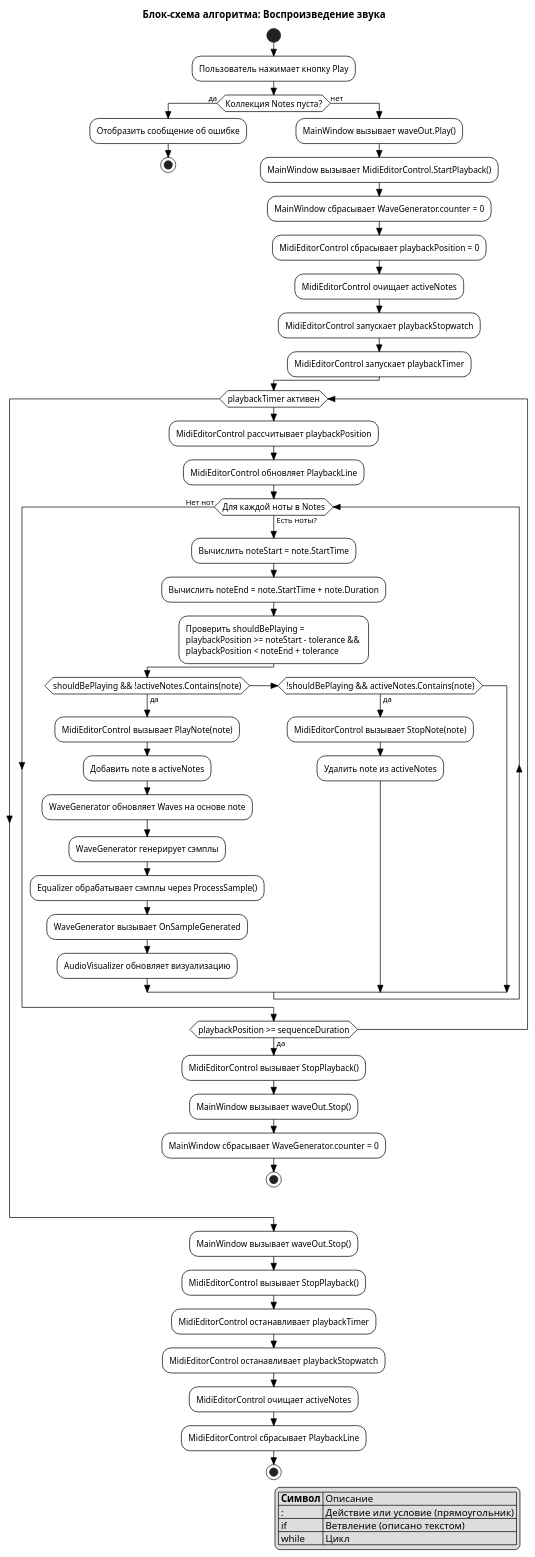
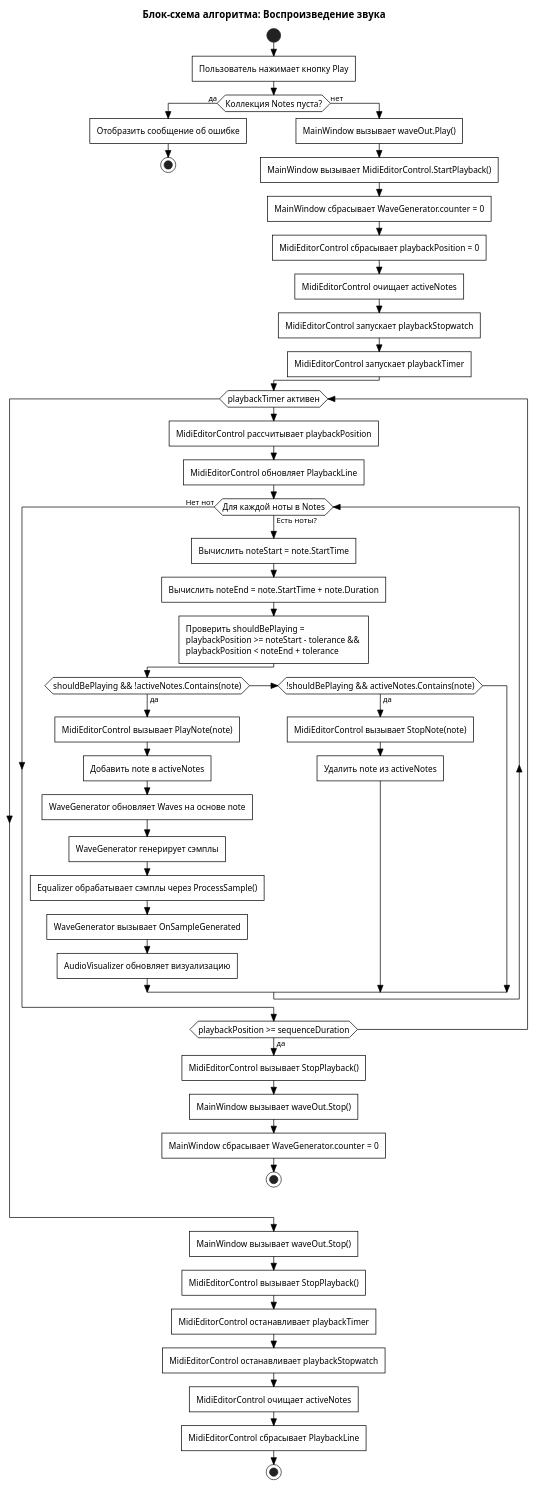
Before and after one commit to alex-pyslar/dream-synth: the diagram in docs/activity.puml, drawn with PlantUML. The commit also changed 23 other files, not shown here.

Commit message:
Обновление диаграмм

```diff
--- a/docs/activity.puml
+++ b/docs/activity.puml
@@ -1,82 +1,74 @@
 @startuml ActivityDiagramPlayback
 
-' ГОСТ-стиль: черно-белый, без теней, прямоугольные блоки
 skinparam monochrome true
 skinparam shadowing false
 skinparam activityFontSize 12
 skinparam activityFontName Arial
 skinparam activityBorderThickness 1
 skinparam activityBackgroundColor none
 skinparam activityBorderColor black
 skinparam activityCornerRadius 0
 skinparam defaultCornerRadius 0
 skinparam ArrowColor black
 skinparam ActivityDiamondCornerRadius 0
 skinparam style strictuml
+skinparam roundCorner 0
 
 title Блок-схема алгоритма: Воспроизведение звука
 
 start
 
 :Пользователь нажимает кнопку Play;
 
 if (Коллекция Notes пуста?) then (да)
   :Отобразить сообщение об ошибке;
   stop
 else (нет)
   :MainWindow вызывает waveOut.Play();
   :MainWindow вызывает MidiEditorControl.StartPlayback();
   :MainWindow сбрасывает WaveGenerator.counter = 0;
   :MidiEditorControl сбрасывает playbackPosition = 0;
   :MidiEditorControl очищает activeNotes;
   :MidiEditorControl запускает playbackStopwatch;
   :MidiEditorControl запускает playbackTimer;
 endif
 
 while (playbackTimer активен)
   :MidiEditorControl рассчитывает playbackPosition;
   :MidiEditorControl обновляет PlaybackLine;
 
   while (Для каждой ноты в Notes) is (Есть ноты?)
     :Вычислить noteStart = note.StartTime;
     :Вычислить noteEnd = note.StartTime + note.Duration;
     :Проверить shouldBePlaying = \nplaybackPosition >= noteStart - tolerance && \nplaybackPosition < noteEnd + tolerance;
     if (shouldBePlaying && !activeNotes.Contains(note)) then (да)
       :MidiEditorControl вызывает PlayNote(note);
       :Добавить note в activeNotes;
       :WaveGenerator обновляет Waves на основе note;
       :WaveGenerator генерирует сэмплы;
       :Equalizer обрабатывает сэмплы через ProcessSample();
       :WaveGenerator вызывает OnSampleGenerated;
       :AudioVisualizer обновляет визуализацию;
     else if (!shouldBePlaying && activeNotes.Contains(note)) then (да)
       :MidiEditorControl вызывает StopNote(note);
       :Удалить note из activeNotes;
     endif
   end while (Нет нот)
 
   if (playbackPosition >= sequenceDuration) then (да)
     :MidiEditorControl вызывает StopPlayback();
     :MainWindow вызывает waveOut.Stop();
     :MainWindow сбрасывает WaveGenerator.counter = 0;
     stop
   endif
 endwhile
 
 :MainWindow вызывает waveOut.Stop();
 :MidiEditorControl вызывает StopPlayback();
 :MidiEditorControl останавливает playbackTimer;
 :MidiEditorControl останавливает playbackStopwatch;
 :MidiEditorControl очищает activeNotes;
 :MidiEditorControl сбрасывает PlaybackLine;
 
 stop
-
-legend right
-|= Символ | Описание |
-| : | Действие или условие (прямоугольник) |
-| if | Ветвление (описано текстом) |
-| while | Цикл |
-endlegend
-
 @enduml
```
